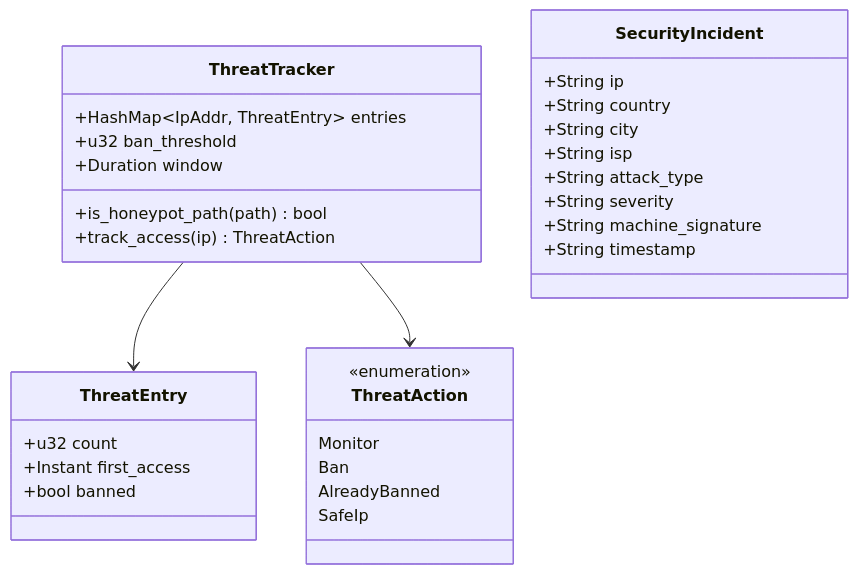
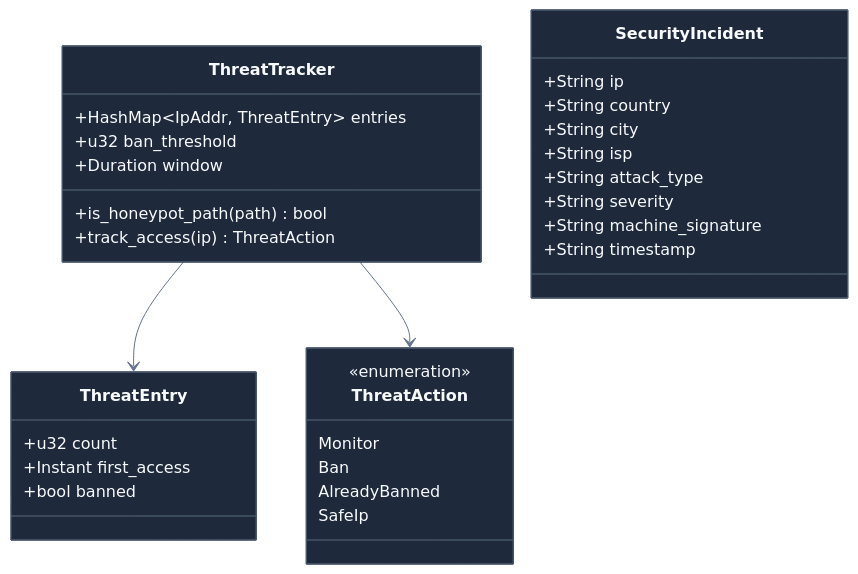
Before and after one commit to Munique-Feitoza/server-controller: the fourth of 8 diagrams in docs/DATA_MODELS.md, drawn with Mermaid. The commit also changed other lines of this file and 8 other files, not shown here.

First line of the commit message:
docs: aplicar tema visual consistente nos diagramas mermaid

````diff
--- a/docs/DATA_MODELS.md
+++ b/docs/DATA_MODELS.md
@@ -220,38 +223,39 @@
 ```mermaid
+%%{init: { "theme": "base", "themeVariables": { "fontFamily": "Inter, sans-serif", "primaryColor": "#1e293b", "primaryTextColor": "#f8fafc", "primaryBorderColor": "#475569", "lineColor": "#64748b" } }}%%
 classDiagram
     class ThreatTracker {
         +HashMap~IpAddr, ThreatEntry~ entries
         +u32 ban_threshold
         +Duration window
         +is_honeypot_path(path) bool
         +track_access(ip) ThreatAction
     }
 
     class ThreatEntry {
         +u32 count
         +Instant first_access
         +bool banned
     }
 
     class ThreatAction {
         <<enumeration>>
         Monitor
         Ban
         AlreadyBanned
         SafeIp
     }
 
     class SecurityIncident {
         +String ip
         +String country
         +String city
         +String isp
         +String attack_type
         +String severity
         +String machine_signature
         +String timestamp
     }
 
     ThreatTracker --> ThreatEntry
     ThreatTracker --> ThreatAction
 ```
````
